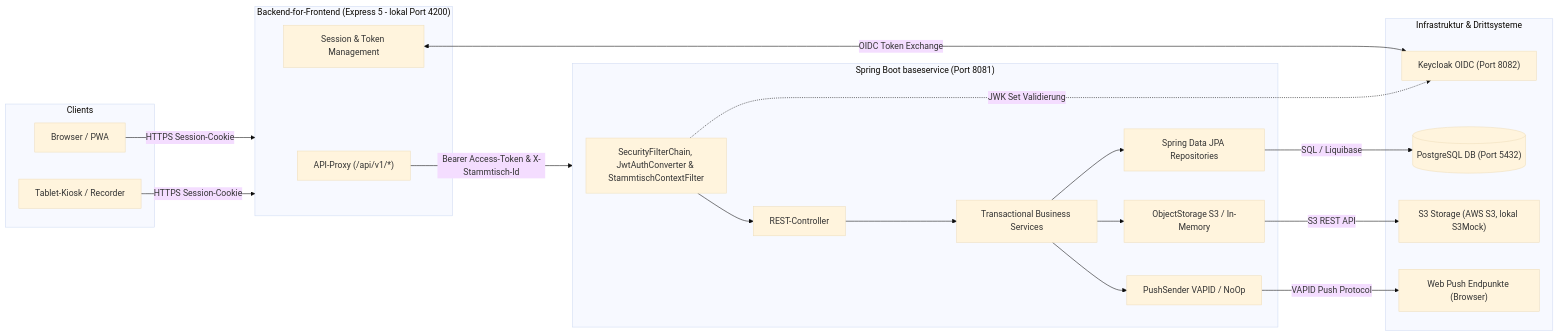
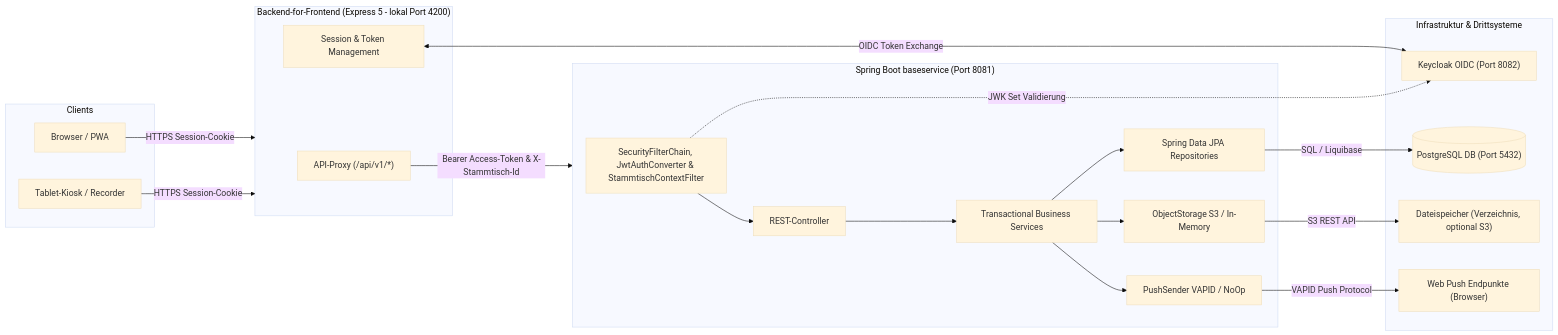
One commit to damaurer/vereint changed the second of 2 diagrams in docs/baseservice/README.md. Above: the diagram before and after it, drawn with Mermaid (base theme). The commit also changed 75 other files, not shown here.

````diff
--- a/docs/baseservice/README.md
+++ b/docs/baseservice/README.md
@@ -35,44 +35,44 @@
 ```mermaid
 graph LR
   subgraph Clients
     Browser[Browser / PWA]
     Tablet[Tablet-Kiosk / Recorder]
   end
 
   subgraph BFF["Backend-for-Frontend (Express 5 - lokal Port 4200)"]
     Proxy["API-Proxy (/api/v1/*)"]
     AuthMW[Session & Token Management]
   end
 
   subgraph BaseService["Spring Boot baseservice (Port 8081)"]
     Sec[SecurityFilterChain, JwtAuthConverter & StammtischContextFilter]
     Rest[REST-Controller]
     Svc[Transactional Business Services]
     Repo[Spring Data JPA Repositories]
     Storage[ObjectStorage S3 / In-Memory]
     Push[PushSender VAPID / NoOp]
   end
 
   subgraph Infra["Infrastruktur & Drittsysteme"]
     Keycloak["Keycloak OIDC (Port 8082)"]
     Postgres[("PostgreSQL DB (Port 5432)")]
-    MinIO["S3 Storage (AWS S3, lokal S3Mock)"]
+    MinIO["Dateispeicher (Verzeichnis, optional S3)"]
     WebPush["Web Push Endpunkte (Browser)"]
   end
 
   Browser -->|HTTPS Session-Cookie| BFF
   Tablet -->|HTTPS Session-Cookie| BFF
   Proxy -->|Bearer Access-Token & X-Stammtisch-Id| BaseService
   AuthMW <-->|OIDC Token Exchange| Keycloak
 
   Sec --> Rest
   Rest --> Svc
   Svc --> Repo
   Svc --> Storage
   Svc --> Push
 
   Sec -.->|JWK Set Validierung| Keycloak
   Repo -->|SQL / Liquibase| Postgres
   Storage -->|S3 REST API| MinIO
   Push -->|VAPID Push Protocol| WebPush
 ```
````
